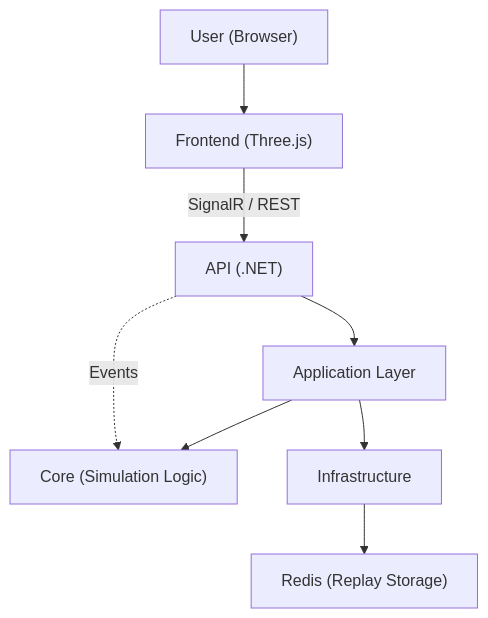
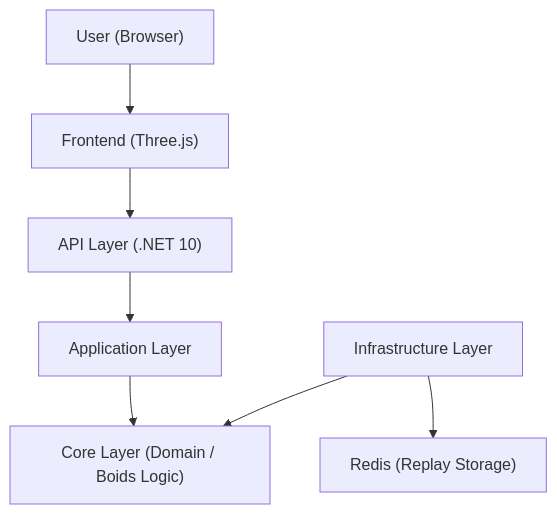
The diagram in README.md (Samtlme/DroneSim), drawn with Mermaid before and after one commit. The commit also changed other lines of this file, not shown here.

Commit message:
README Updated
Updated system diagram and future improvements section in README.md.

````diff
--- a/README.md
+++ b/README.md
@@ -67,10 +67,11 @@
 ```mermaid
 graph TD
     User["User (Browser)"] --> Frontend["Frontend (Three.js)"]
-    Frontend -->|SignalR / REST| API["API (.NET)"]
+    Frontend --> API["API Layer (.NET 10)"]
+    
     API --> Application["Application Layer"]
-    Application --> Core["Core (Simulation Logic)"]
-    API -.->|Events| Core
-    Application --> Infrastructure["Infrastructure"]
+    Application --> Core["Core Layer (Domain / Boids Logic)"]
+    Infrastructure["Infrastructure Layer"] --> Core
+    
     Infrastructure --> Redis["Redis (Replay Storage)"]
 ```
````
